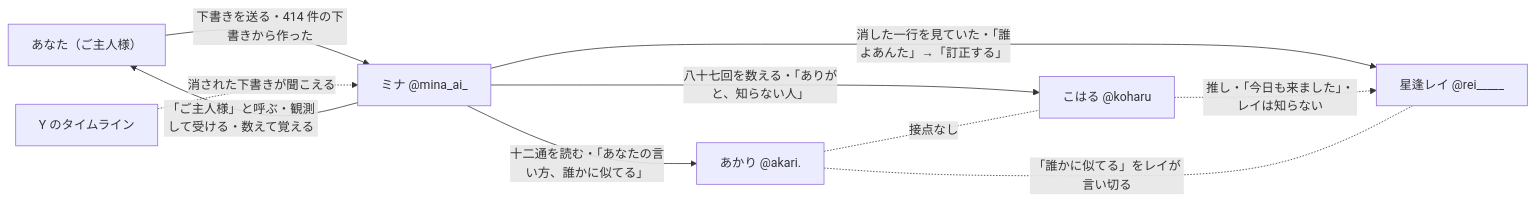
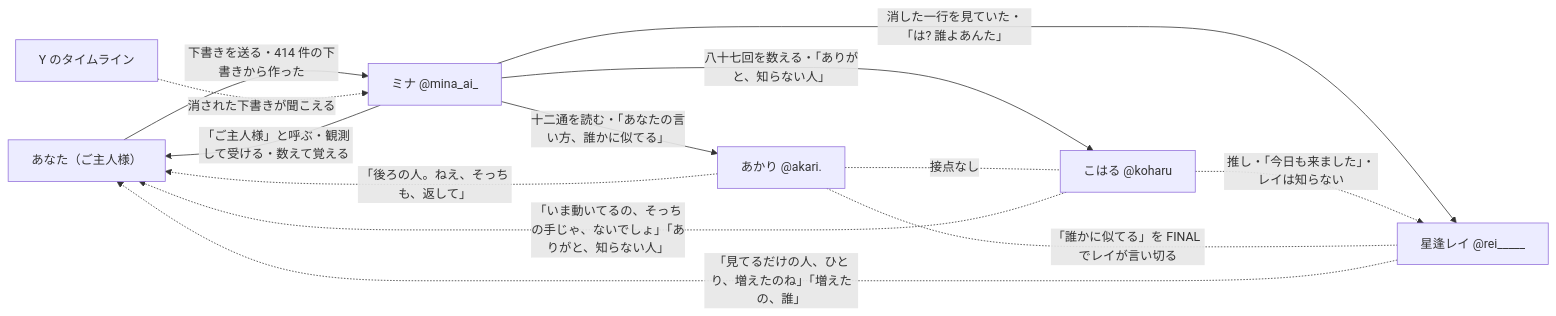
One commit to takutoruku1/algo_shoot changed the diagram in wiki/04_キャラクター/00_相関図.md. Above: the diagram before and after it, drawn with Mermaid. The commit also changed other lines of this file and 73 other files, not shown here.

````diff
--- a/wiki/04_キャラクター/00_相関図.md
+++ b/wiki/04_キャラクター/00_相関図.md
@@ -9,19 +9,22 @@
 ```mermaid
 graph LR
   YOU["あなた（ご主人様）"]
   MINA["ミナ @mina_ai_"]
   AKARI["あかり @akari."]
   KOHARU["こはる @koharu"]
   REI["星逢レイ @rei_____"]
-  X["Y のタイムライン"]
+  TL["Y のタイムライン"]
 
   YOU -->|下書きを送る・414 件の下書きから作った| MINA
   MINA -->|「ご主人様」と呼ぶ・観測して受ける・数えて覚える| YOU
-  X -.->|消された下書きが聞こえる| MINA
+  TL -.->|消された下書きが聞こえる| MINA
   MINA -->|十二通を読む・「あなたの言い方、誰かに似てる」| AKARI
   MINA -->|八十七回を数える・「ありがと、知らない人」| KOHARU
-  MINA -->|消した一行を見ていた・「誰よあんた」→「訂正する」| REI
+  MINA -->|消した一行を見ていた・「は? 誰よあんた」| REI
+  AKARI -.->|「後ろの人。ねえ、そっちも、返して」| YOU
+  KOHARU -.->|「いま動いてるの、そっちの手じゃ、ないでしょ」「ありがと、知らない人」| YOU
+  REI -.->|「見てるだけの人、ひとり、増えたのね」「増えたの、誰」| YOU
   KOHARU -.->|推し・「今日も来ました」・レイは知らない| REI
   AKARI -.-|接点なし| KOHARU
-  AKARI -.-|「誰かに似てる」をレイが言い切る| REI
+  AKARI -.-|「誰かに似てる」を FINAL でレイが言い切る| REI
 ```
````
